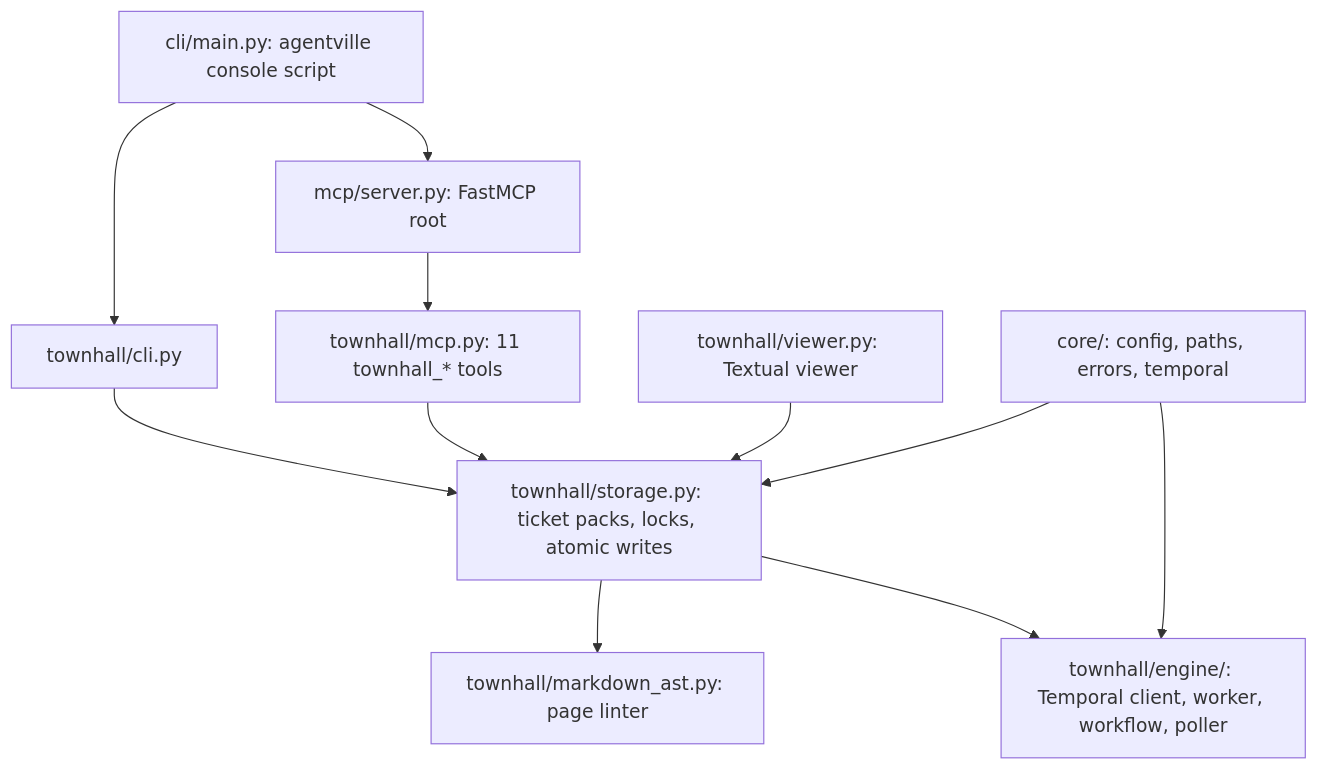
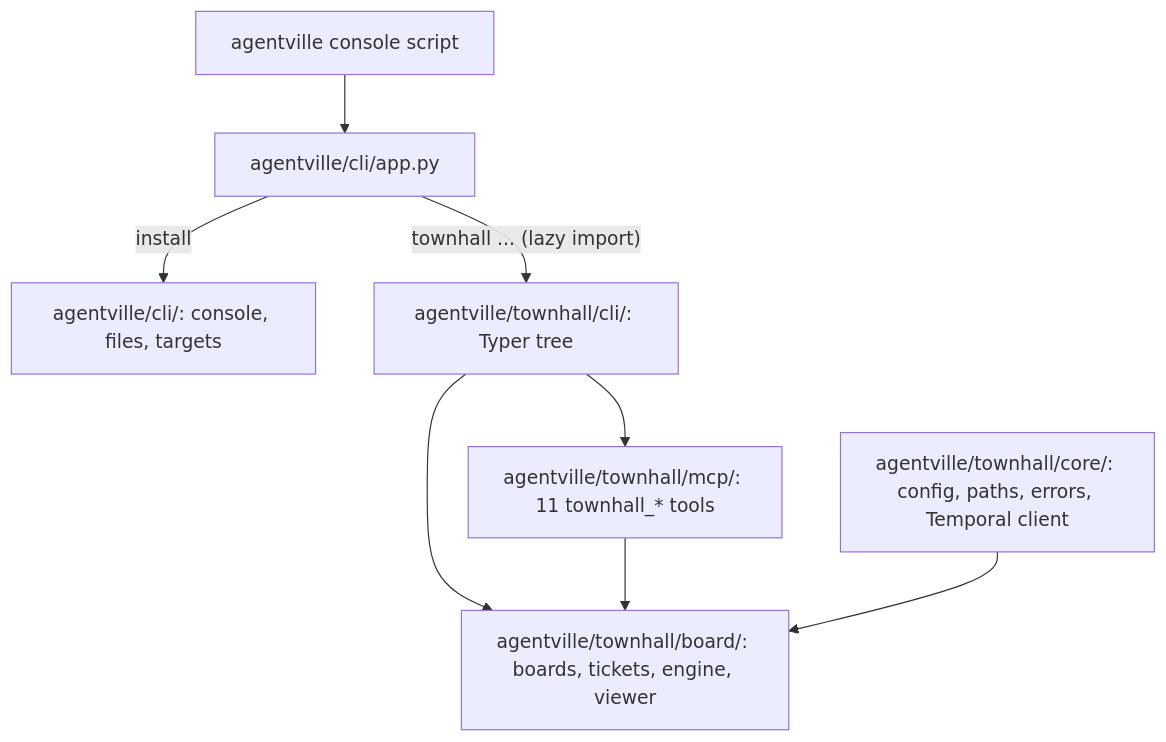
Before and after one commit to minhphamdonhat/Agentville: the first of 2 diagrams in .agentville/pr/20/architecture.md, drawn with Mermaid. The commit also changed other lines of this file and 5 other files, not shown here.

Commit message:
docs(pr): describe the agentville/townhall layout in PR #20

````diff
--- a/.agentville/pr/20/architecture.md
+++ b/.agentville/pr/20/architecture.md
@@ -9,15 +9,12 @@
 ```mermaid
 flowchart TD
-  accTitle: Townhall package layout
-  accDescr: The agentville console script in cli/main.py feeds the Townhall CLI and the FastMCP root, which mounts 11 townhall_* tools. The CLI, the MCP tools and the Textual viewer all use storage.py, which uses the page linter and the Temporal engine. The core folder supplies config, paths, errors and the Temporal client to storage and the engine.
-  cli["cli/main.py: agentville console script"] --> th_cli["townhall/cli.py"]
-  cli --> mcp["mcp/server.py: FastMCP root"]
-  mcp --> th_mcp["townhall/mcp.py: 11 townhall_* tools"]
-  th_cli --> storage["townhall/storage.py: ticket packs, locks, atomic writes"]
-  th_mcp --> storage
-  viewer["townhall/viewer.py: Textual viewer"] --> storage
-  storage --> lint["townhall/markdown_ast.py: page linter"]
-  storage --> engine["townhall/engine/: Temporal client, worker, workflow, poller"]
-  core["core/: config, paths, errors, temporal"] --> storage
-  core --> engine
+  accTitle: agentville package layout
+  accDescr: The agentville console script runs agentville/cli/app.py. Its install command uses the installer modules; its townhall command lazily imports the Townhall Typer tree in agentville/townhall/cli/, which uses the board package, the MCP server and core.
+  script["agentville console script"] --> app["agentville/cli/app.py"]
+  app -->|"install"| inst["agentville/cli/: console, files, targets"]
+  app -->|"townhall ... (lazy import)"| thcli["agentville/townhall/cli/: Typer tree"]
+  thcli --> board["agentville/townhall/board/: boards, tickets, engine, viewer"]
+  thcli --> mcp["agentville/townhall/mcp/: 11 townhall_* tools"]
+  mcp --> board
+  core["agentville/townhall/core/: config, paths, errors, Temporal client"] --> board
 ```
````
